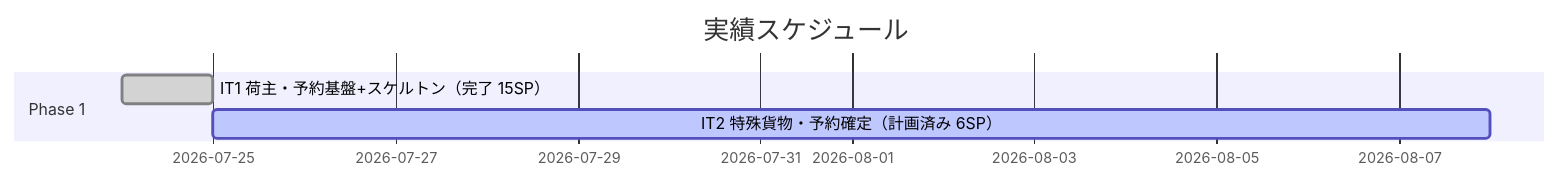
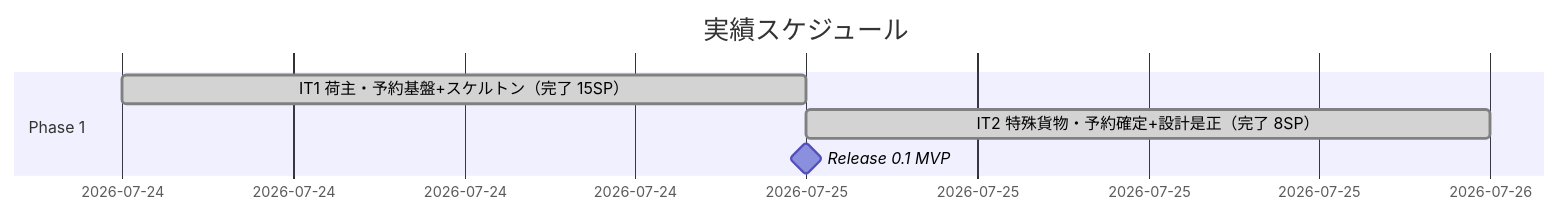
One commit to k2works/case-study-cargo-tracker changed the second of 3 diagrams in docs/development/release_plan.md. Above: the diagram before and after it, drawn with Mermaid. The commit also changed other lines of this file and 1 other file, not shown here.

Commit message:
docs(development): IT2 進捗を実績で更新（tracking-progress）
- release_plan: IT2 実績 8SP・達成率100%・完了、実績ガントに IT2 完了と
  Release 0.1 MVP マイルストーンを反映
- iteration_plan-2: 成功基準・DoD・タスク・デモ項目を達成状況で更新。
  T3（sqlc BC 別分割）は IT2-3 継続、Phase 2 依存（通知・候補フィルタ・
  選択ルート表示）は未達として正直に明記

````diff
--- a/docs/development/release_plan.md
+++ b/docs/development/release_plan.md
@@ -167,10 +167,11 @@
 ```mermaid
 gantt
     title 実績スケジュール
     dateFormat  YYYY-MM-DD
     section Phase 1
     IT1 荷主・予約基盤+スケルトン（完了 15SP） :done, a1, 2026-07-24, 1d
-    IT2 特殊貨物・予約確定（計画済み 6SP）     :active, a2, 2026-07-25, 14d
+    IT2 特殊貨物・予約確定+設計是正（完了 8SP） :done, a2, 2026-07-25, 1d
+    Release 0.1 MVP                              :milestone, m1, 2026-07-25, 0d
     section Phase 2
     section Phase 3
 ```
````
